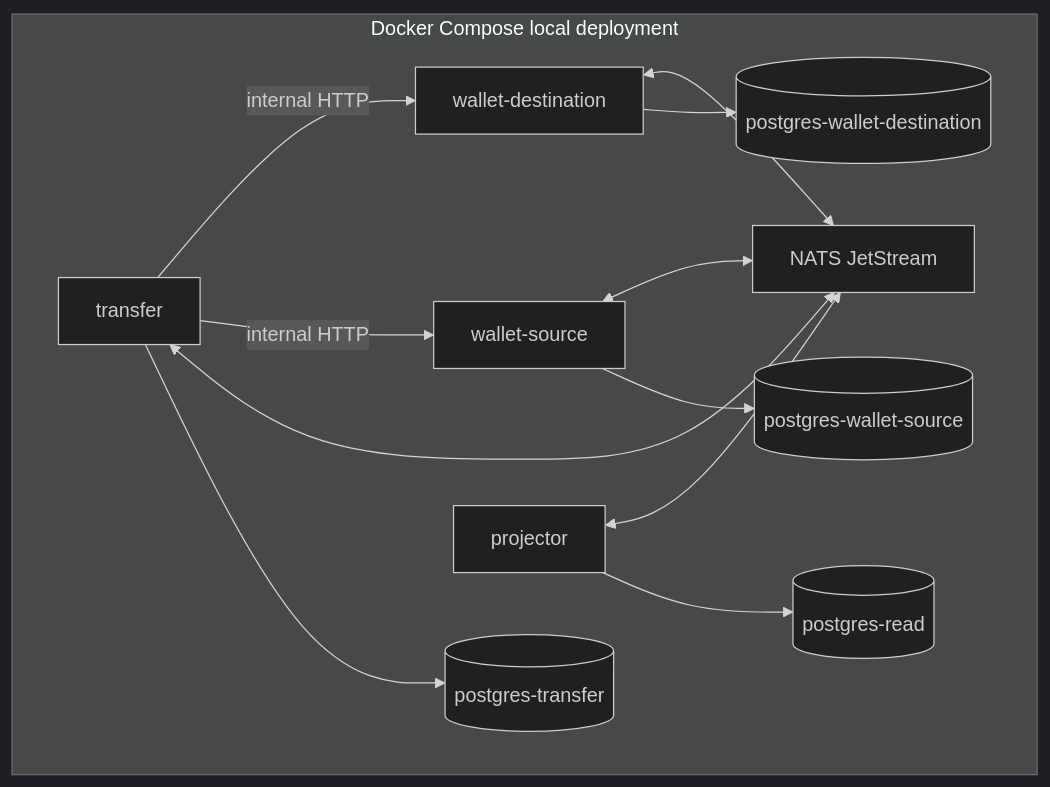
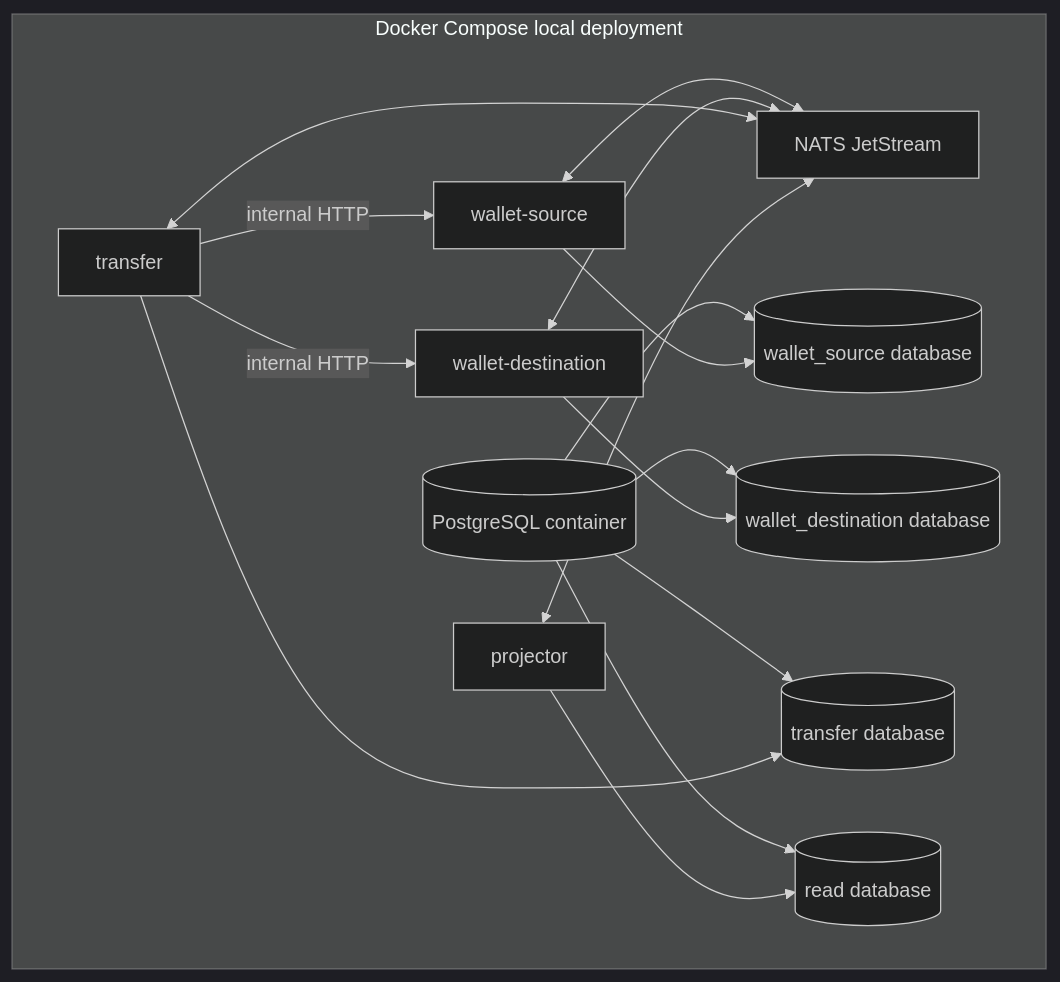
The diagram in docs/operations.md (prajexec/Wallet), drawn with Mermaid (dark theme) before and after one commit. The commit also changed other lines of this file and 7 other files, not shown here.

````diff
--- a/docs/operations.md
+++ b/docs/operations.md
@@ -9,24 +9,29 @@
 ```mermaid
 flowchart TB
     subgraph Compose[Docker Compose local deployment]
         N[NATS JetStream]
         WS[wallet-source]
         WD[wallet-destination]
         TS[transfer]
         PS[projector]
-        DBW1[(postgres-wallet-source)]
-        DBW2[(postgres-wallet-destination)]
-        DBT[(postgres-transfer)]
-        DBR[(postgres-read)]
+        DB[(PostgreSQL container)]
+        DBW1[(wallet_source database)]
+        DBW2[(wallet_destination database)]
+        DBT[(transfer database)]
+        DBR[(read database)]
     end
+    DB --> DBW1
+    DB --> DBW2
+    DB --> DBT
+    DB --> DBR
     WS --> DBW1
     WD --> DBW2
     TS --> DBT
     PS --> DBR
     WS <--> N
     WD <--> N
     TS <--> N
     PS <--> N
     TS -->|internal HTTP| WS
     TS -->|internal HTTP| WD
 ```
````
